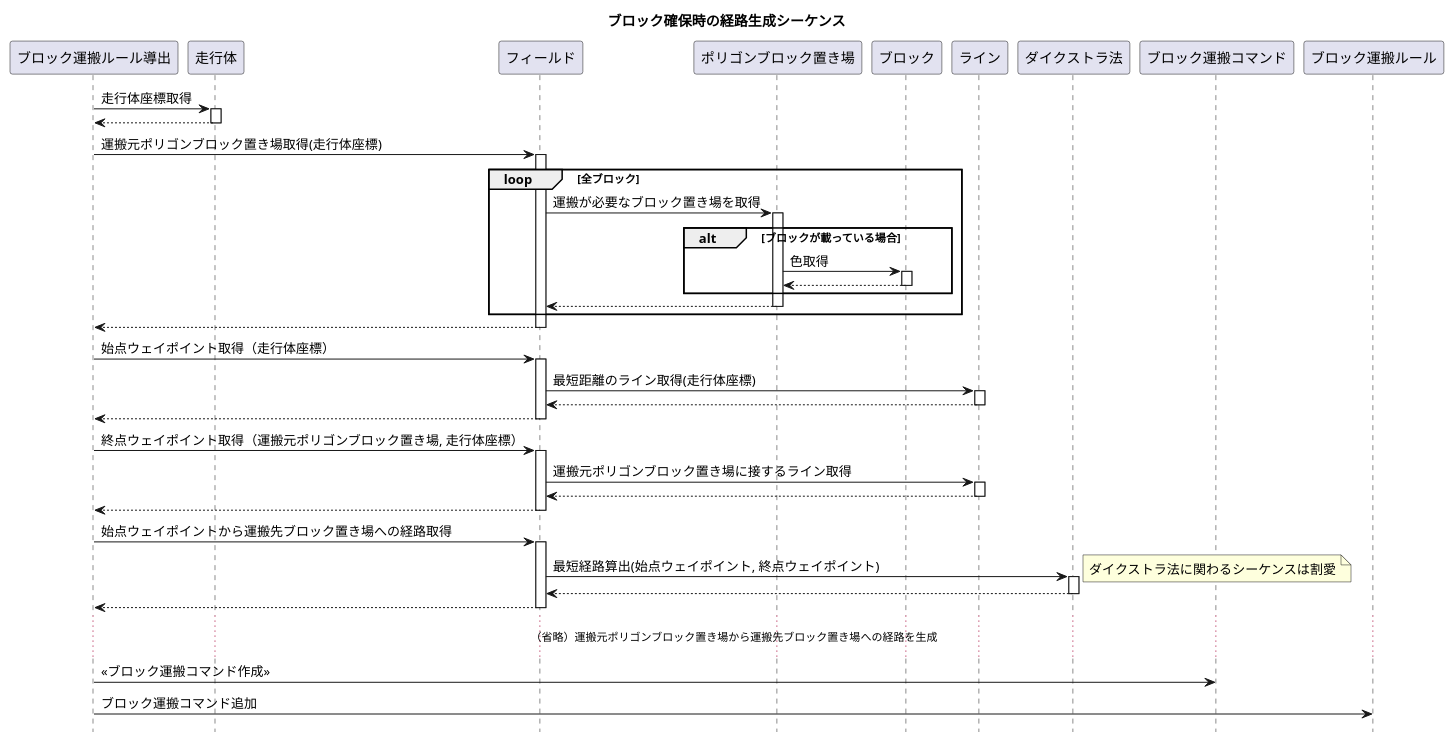
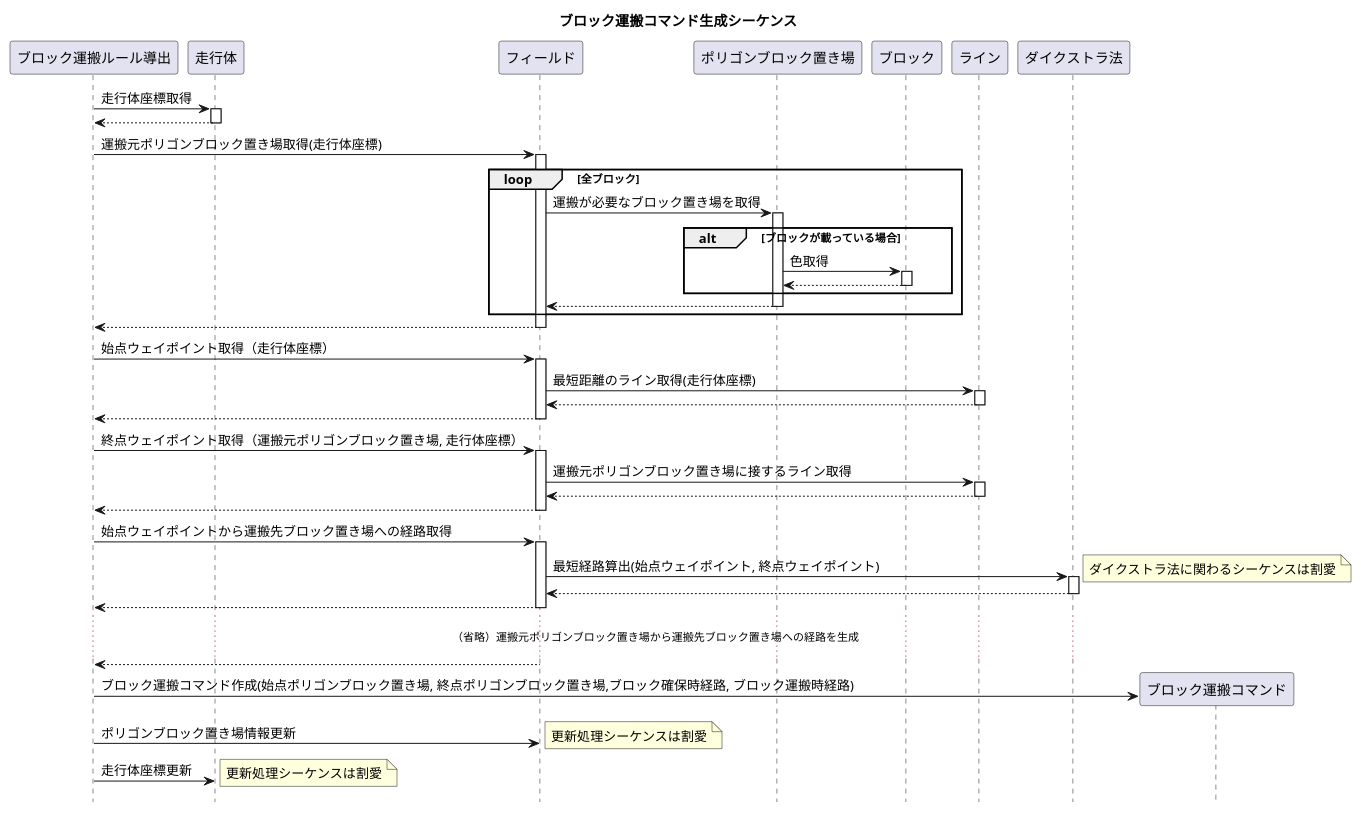
The diagram in 分析モデル/運搬経路生成シーケンス図.puml (TK-R/ET2017-UML), drawn with PlantUML before and after one commit. The commit also changed 2 other files, not shown here.

Commit message:
シーケンス図を詳細化

```diff
--- a/分析モデル/運搬経路生成シーケンス図.puml
+++ b/分析モデル/運搬経路生成シーケンス図.puml
@@ -1,64 +1,70 @@
 @startuml
-title ブロック確保時の経路生成シーケンス
+title ブロック運搬コマンド生成シーケンス
 hide footbox
+
 
 ブロック運搬ルール導出 -> 走行体 : 走行体座標取得
 	activate 走行体
 	ブロック運搬ルール導出 <-- 走行体
 	deactivate 走行体
 
 ブロック運搬ルール導出 -> フィールド : 運搬元ポリゴンブロック置き場取得(走行体座標)　
 	activate フィールド
 	loop 全ブロック
 	フィールド -> ポリゴンブロック置き場 : 運搬が必要なブロック置き場を取得
 		activate ポリゴンブロック置き場
 		alt ブロックが載っている場合
 		ポリゴンブロック置き場 -> ブロック : 色取得
 			activate ブロック
 			ポリゴンブロック置き場 <-- ブロック
 			deactivate ブロック
 		end
 		フィールド <-- ポリゴンブロック置き場 
 		deactivate ポリゴンブロック置き場
 	end
 ブロック運搬ルール導出  <-- フィールド 
 deactivate フィールド
 
 ブロック運搬ルール導出 -> フィールド : 始点ウェイポイント取得（走行体座標）
 	activate フィールド
 	フィールド -> ライン : 最短距離のライン取得(走行体座標)
 		activate ライン
 		フィールド <-- ライン : 
 		deactivate ライン
 	ブロック運搬ルール導出 <-- フィールド
 	deactivate フィールド
 
 ブロック運搬ルール導出 -> フィールド : 終点ウェイポイント取得（運搬元ポリゴンブロック置き場, 走行体座標）
 	activate フィールド
 	フィールド -> ライン : 運搬元ポリゴンブロック置き場に接するライン取得
 		activate ライン
 		フィールド <-- ライン : 
 		deactivate ライン
 	ブロック運搬ルール導出 <-- フィールド
 	deactivate フィールド
 
 
 ブロック運搬ルール導出 -> フィールド : 始点ウェイポイントから運搬先ブロック置き場への経路取得
 	activate フィールド
 	フィールド -> ダイクストラ法 : 最短経路算出(始点ウェイポイント, 終点ウェイポイント)
 		activate ダイクストラ法	
 		note right : ダイクストラ法に関わるシーケンスは割愛
 		フィールド <-- ダイクストラ法
 		deactivate ダイクストラ法
 	ブロック運搬ルール導出 <-- フィールド 
 	deactivate フィールド
 
 
 ...（省略）運搬元ポリゴンブロック置き場から運搬先ブロック置き場への経路を生成...
 
-ブロック運搬ルール導出 -> ブロック運搬コマンド : <<ブロック運搬コマンド作成>>
+ブロック運搬ルール導出 <-- フィールド
 
-ブロック運搬ルール導出 -> ブロック運搬ルール : ブロック運搬コマンド追加
+create ブロック運搬コマンド
+ブロック運搬ルール導出 -> ブロック運搬コマンド : ブロック運搬コマンド作成(始点ポリゴンブロック置き場, 終点ポリゴンブロック置き場,ブロック確保時経路, ブロック運搬時経路)
 
+ブロック運搬ルール導出 -> フィールド : ポリゴンブロック置き場情報更新
+note right : 更新処理シーケンスは割愛
+ブロック運搬ルール導出 -> 走行体 : 走行体座標更新
+note right : 更新処理シーケンスは割愛
 
 @enduml
```
